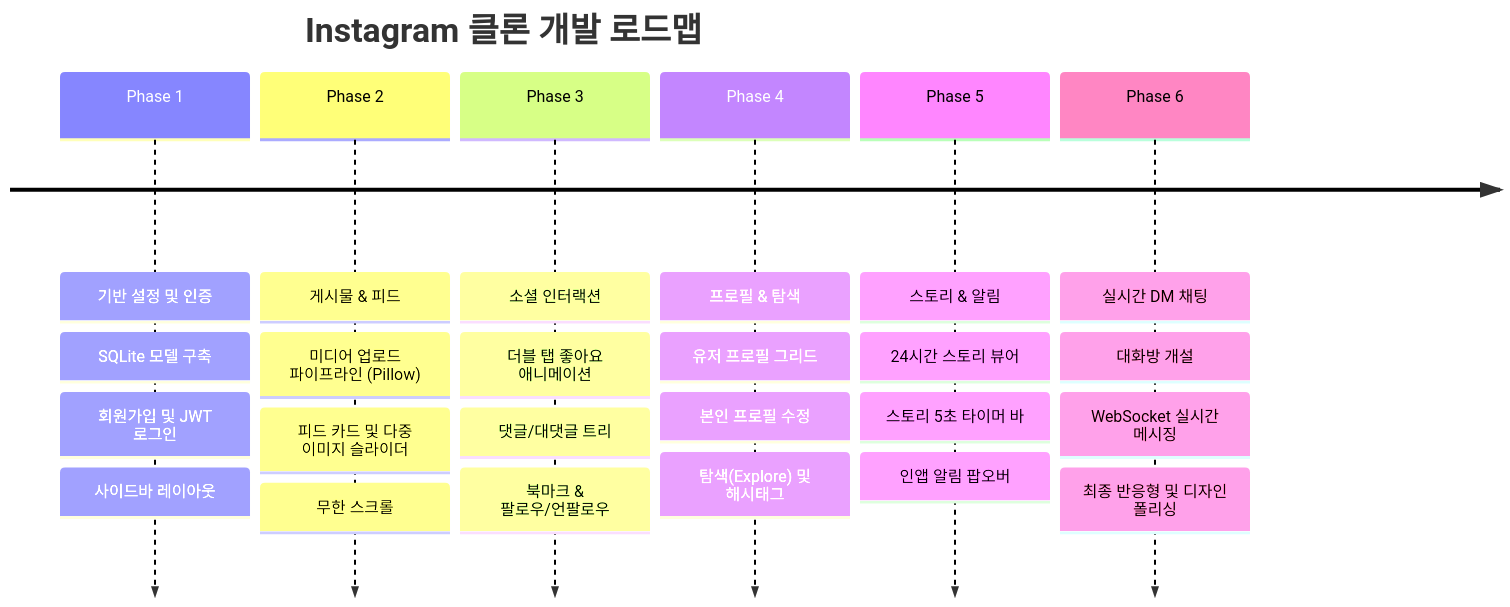
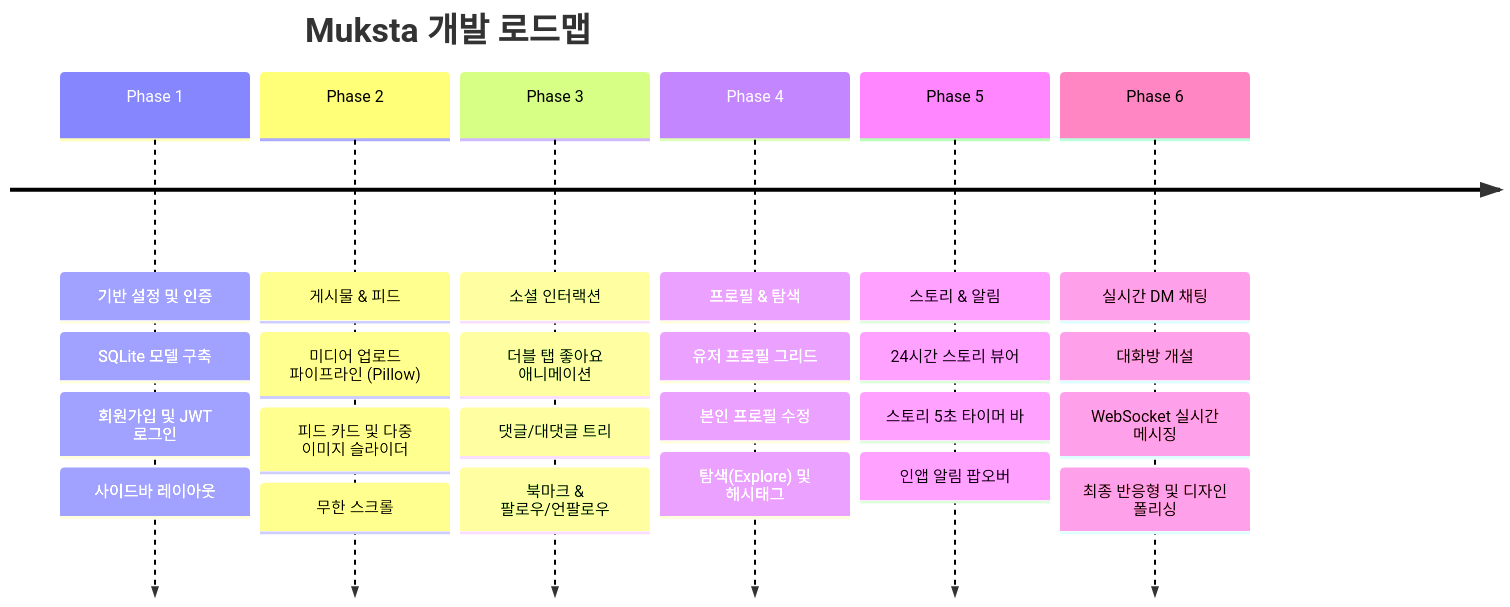
The second of 2 diagrams in guide.md (potolight-blip/instagram-clone), drawn with Mermaid before and after one commit. The commit also changed other lines of this file and 21 other files, not shown here.

Commit message:
Rename the service from Instagram to Muksta.

````diff
--- a/guide.md
+++ b/guide.md
@@ -246,10 +246,10 @@
 ```mermaid
 timeline
-    title Instagram 클론 개발 로드맵
+    title Muksta 개발 로드맵
     Phase 1 : 기반 설정 및 인증 : SQLite 모델 구축 : 회원가입 및 JWT 로그인 : 사이드바 레이아웃
     Phase 2 : 게시물 & 피드 : 미디어 업로드 파이프라인 (Pillow) : 피드 카드 및 다중 이미지 슬라이더 : 무한 스크롤
     Phase 3 : 소셜 인터랙션 : 더블 탭 좋아요 애니메이션 : 댓글/대댓글 트리 : 북마크 & 팔로우/언팔로우
     Phase 4 : 프로필 & 탐색 : 유저 프로필 그리드 : 본인 프로필 수정 : 탐색(Explore) 및 해시태그
     Phase 5 : 스토리 & 알림 : 24시간 스토리 뷰어 : 스토리 5초 타이머 바 : 인앱 알림 팝오버
     Phase 6 : 실시간 DM 채팅 : 대화방 개설 : WebSocket 실시간 메시징 : 최종 반응형 및 디자인 폴리싱
 ```
````
